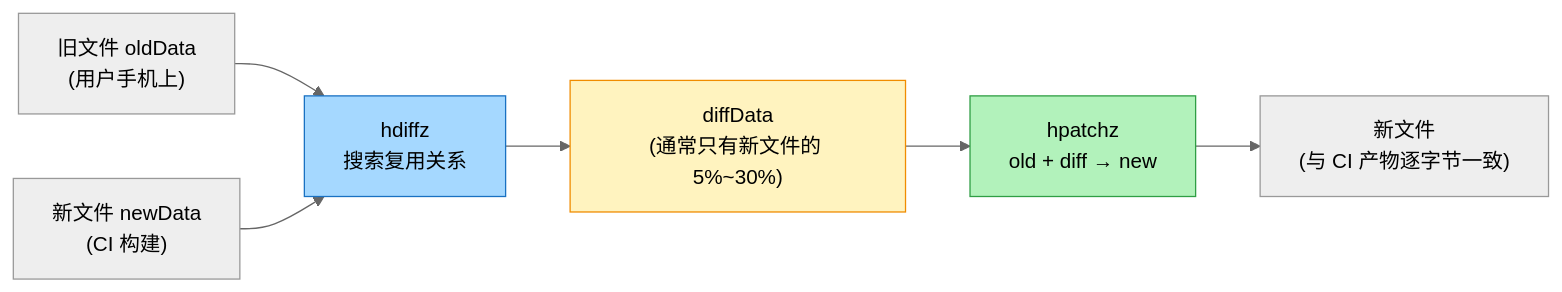
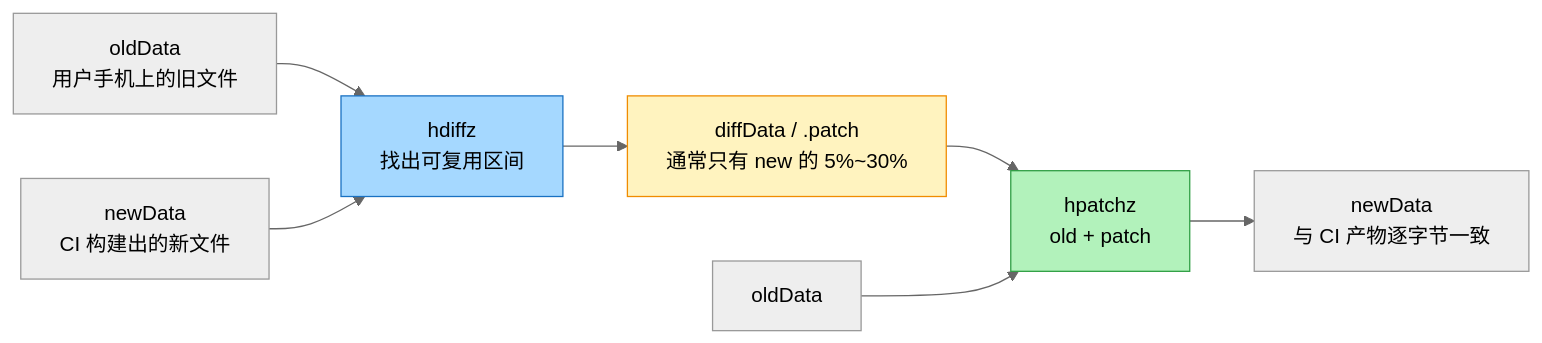
One commit to fankidark/tech-site changed the first of 3 diagrams in docs/hot-update/index.md. Above: the diagram before and after it, drawn with Mermaid (neutral theme). The commit also changed other lines of this file and 14 other files, not shown here.

First line of the commit message:
hot-update: 差分系列 10 篇图文改造 + 3 个新组件

````diff
--- a/docs/hot-update/index.md
+++ b/docs/hot-update/index.md
@@ -10,12 +43,13 @@
 ```mermaid
 flowchart LR
-    OLD["旧文件 oldData<br/>(用户手机上)"] --> D
-    NEW["新文件 newData<br/>(CI 构建)"] --> D
-    D["hdiffz<br/>搜索复用关系"] --> P["diffData<br/>(通常只有新文件的 5%~30%)"]
-    P --> H["hpatchz<br/>old + diff → new"]
-    H --> OUT["新文件<br/>(与 CI 产物逐字节一致)"]
+    OLD["oldData<br/>用户手机上的旧文件"] --> DIFF["hdiffz<br/>找出可复用区间"]
+    NEW["newData<br/>CI 构建出的新文件"] --> DIFF
+    DIFF --> P["diffData / .patch<br/>通常只有 new 的 5%~30%"]
+    P --> PATCH["hpatchz<br/>old + patch"]
+    OLD2["oldData"] --> PATCH
+    PATCH --> OUT["newData<br/>与 CI 产物逐字节一致"]
 
-    style D fill:#a5d8ff,stroke:#1971c2
-    style H fill:#b2f2bb,stroke:#2f9e44
+    style DIFF fill:#a5d8ff,stroke:#1971c2
+    style PATCH fill:#b2f2bb,stroke:#2f9e44
     style P fill:#fff3bf,stroke:#f08c00
 ```
````
